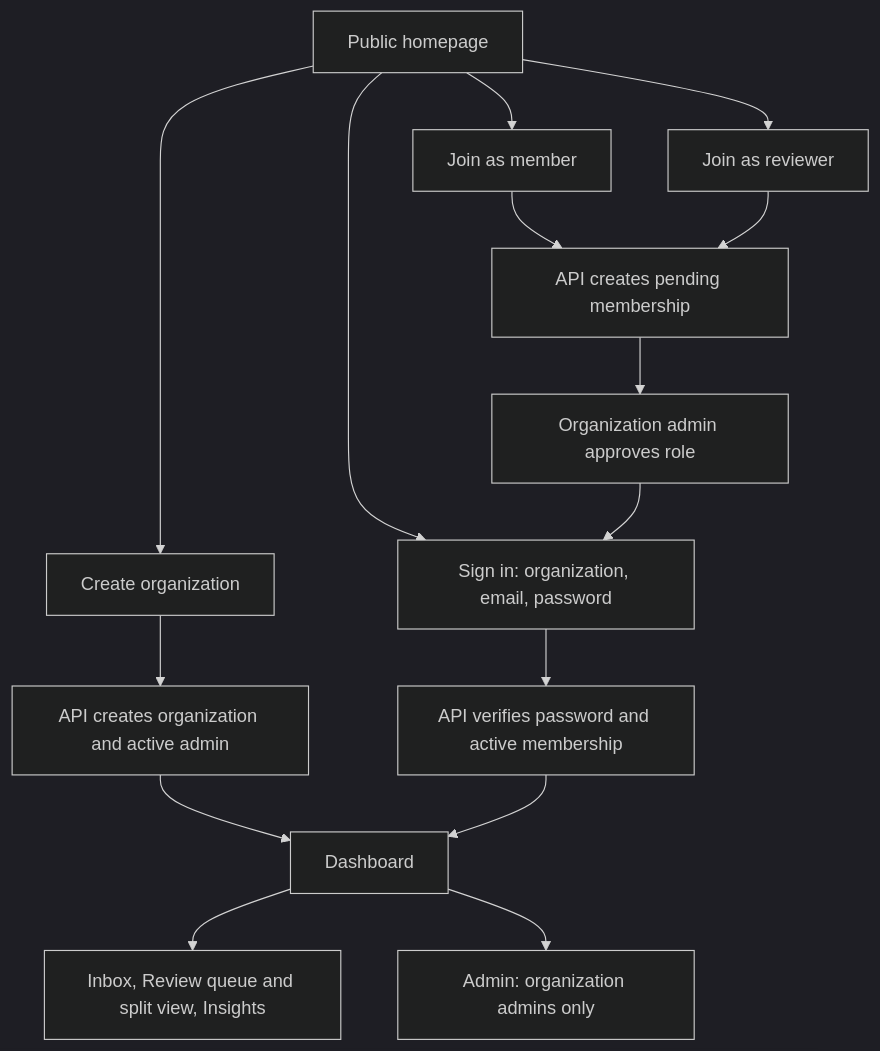
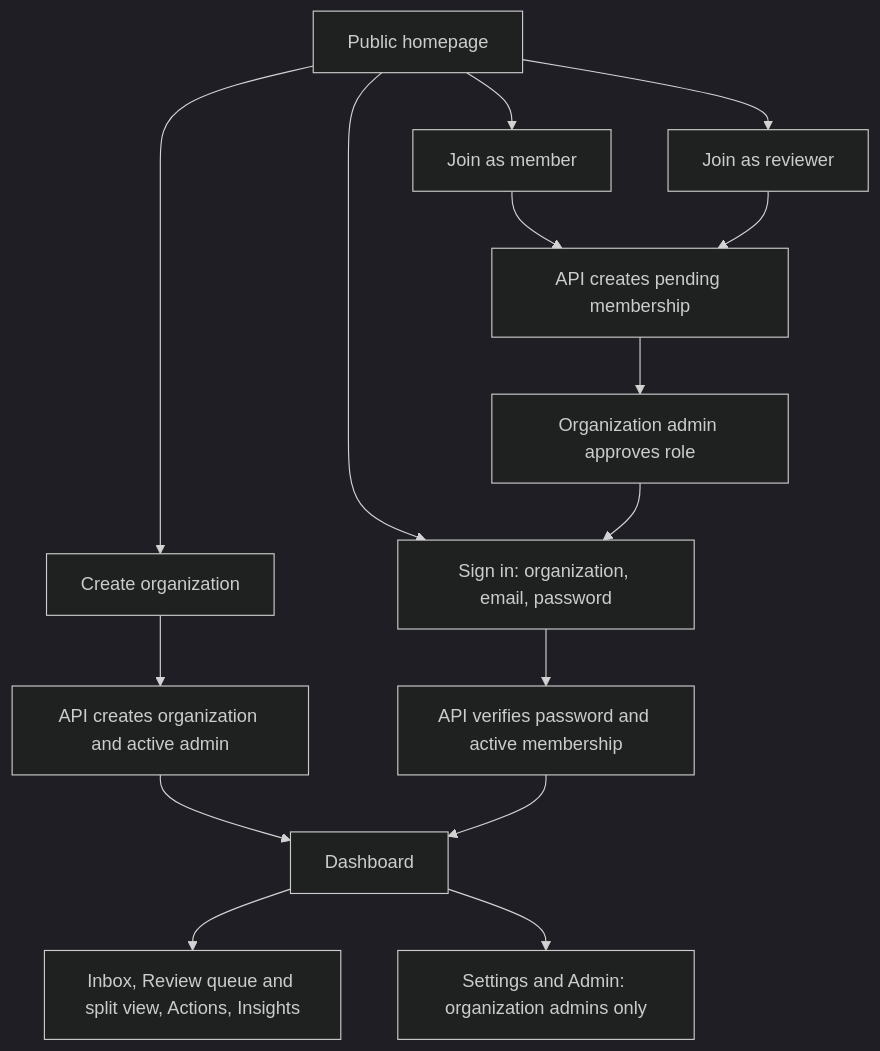
One commit to Abhinavsuri90/opspilot changed the second of 7 diagrams in SYSTEM_DESIGN.md. Above: the diagram before and after it, drawn with Mermaid (dark theme). The commit also changed other lines of this file and 39 other files, not shown here.

First line of the commit message:
feat(web): add the agent control panel: actions, policies, connectors and workflow settings

````diff
--- a/SYSTEM_DESIGN.md
+++ b/SYSTEM_DESIGN.md
@@ -84,17 +88,17 @@
 ```mermaid
 flowchart TD
     Home[Public homepage] --> Owner[Create organization]
     Home --> Member[Join as member]
     Home --> Reviewer[Join as reviewer]
     Home --> Login[Sign in: organization, email, password]
     Owner --> Create[API creates organization and active admin]
     Member --> Pending[API creates pending membership]
     Reviewer --> Pending
     Pending --> Approval[Organization admin approves role]
     Approval --> Login
     Create --> Dashboard[Dashboard]
     Login --> Check[API verifies password and active membership]
     Check --> Dashboard
-    Dashboard --> Work[Inbox, Review queue and split view, Insights]
-    Dashboard --> Admin[Admin: organization admins only]
+    Dashboard --> Work[Inbox, Review queue and split view, Actions, Insights]
+    Dashboard --> Admin[Settings and Admin: organization admins only]
 ```
````
